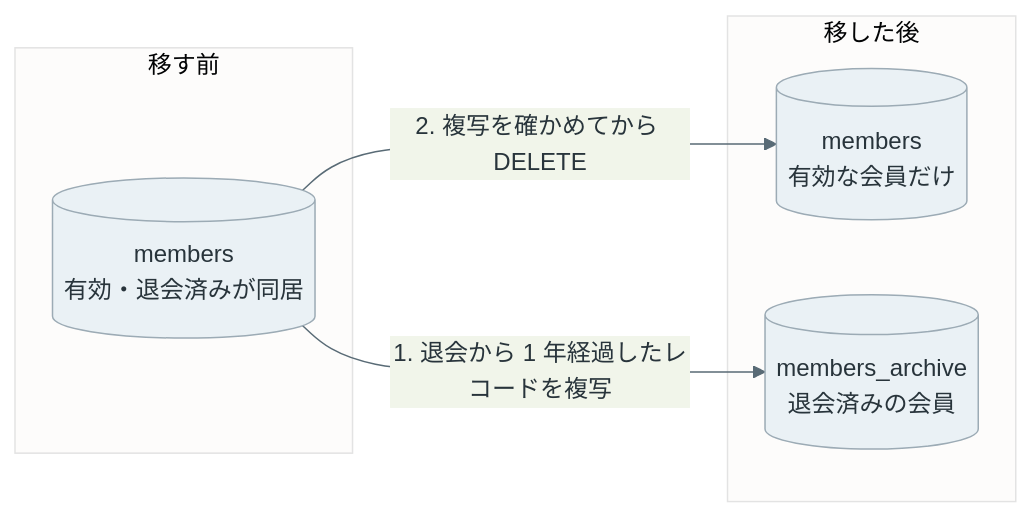
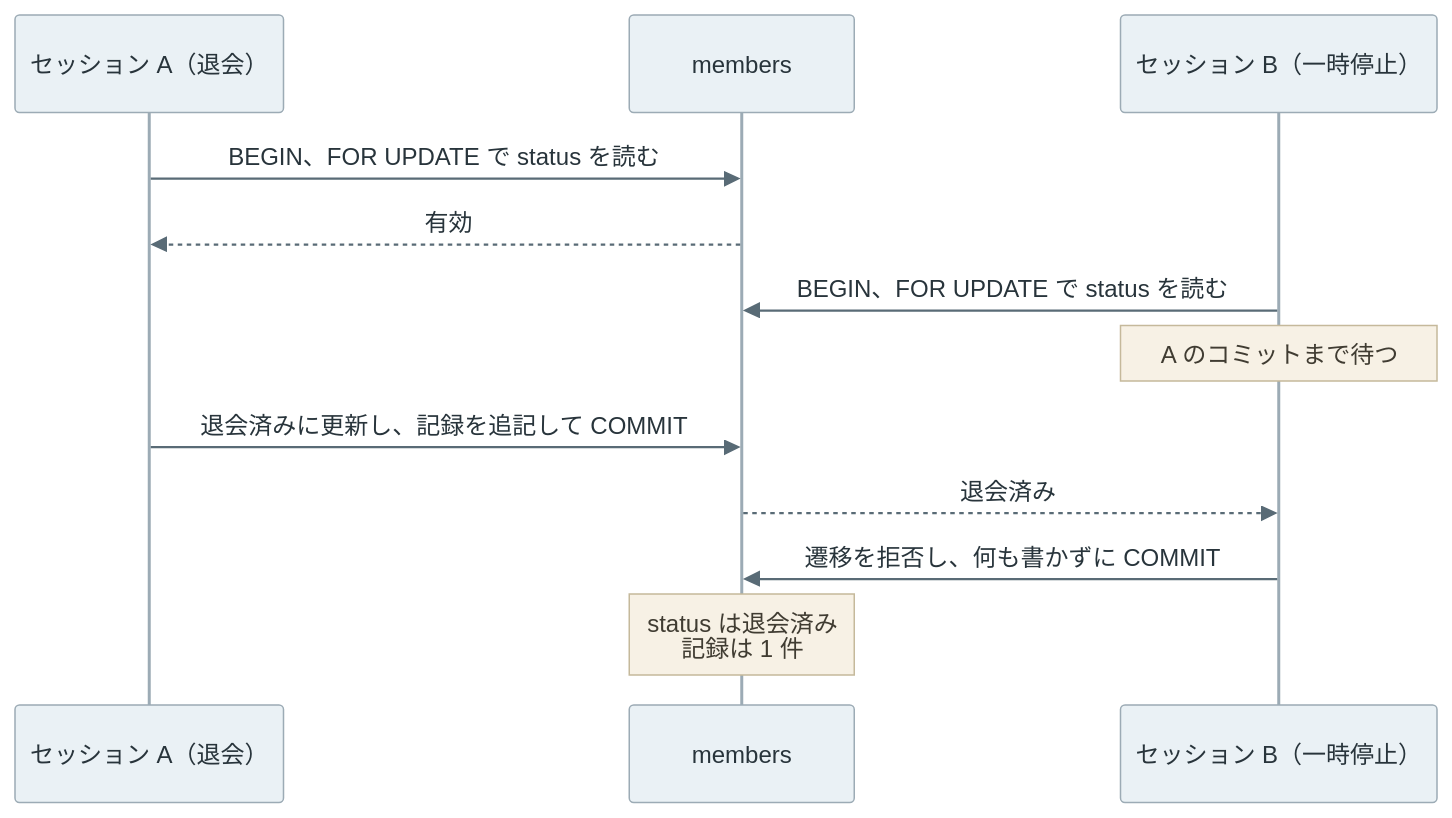
The third of 3 diagrams in content/notes/database-systems/soft-delete/index.md (nao1215/debimate), drawn with Mermaid before and after one commit. The commit also changed other lines of this file and 28 other files, not shown here.

````diff
--- a/content/notes/database-systems/soft-delete/index.md
+++ b/content/notes/database-systems/soft-delete/index.md
@@ -262,14 +379,15 @@
 ```mermaid
 %%{init: {"theme":"base","themeVariables":{"primaryColor":"#eaf1f5","primaryTextColor":"#28343b","primaryBorderColor":"#9cabb5","lineColor":"#596b76","textColor":"#28343b","actorBkg":"#eaf1f5","actorBorder":"#9cabb5","actorTextColor":"#28343b","actorLineColor":"#9cabb5","signalColor":"#596b76","signalTextColor":"#28343b","noteBkgColor":"#f7f1e5","noteBorderColor":"#c5b99b","noteTextColor":"#403c32","activationBkgColor":"#edf3ef","activationBorderColor":"#9aafa1"}}}%%
-flowchart LR
-    subgraph before["移す前"]
-        M1[(members<br/>有効・退会済みが同居)]
-    end
-    subgraph after["移した後"]
-        M2[(members<br/>有効な会員だけ)]
-        AR[(members_archive<br/>退会済みの会員)]
-    end
-    M1 -->|"1. 退会から 1 年経過したレコードを複写"| AR
-    M1 -->|"2. 複写を確かめてから DELETE"| M2
-    classDef default fill:#eaf1f5,stroke:#9cabb5,color:#28343b;
+sequenceDiagram
+    participant A as セッション A（退会）
+    participant DB as members
+    participant B as セッション B（一時停止）
+    A->>DB: BEGIN、FOR UPDATE で status を読む
+    DB-->>A: 有効
+    B->>DB: BEGIN、FOR UPDATE で status を読む
+    Note over B: A のコミットまで待つ
+    A->>DB: 退会済みに更新し、記録を追記して COMMIT
+    DB-->>B: 退会済み
+    B->>DB: 遷移を拒否し、何も書かずに COMMIT
+    Note over DB: status は退会済み<br/>記録は 1 件
 ```
````
